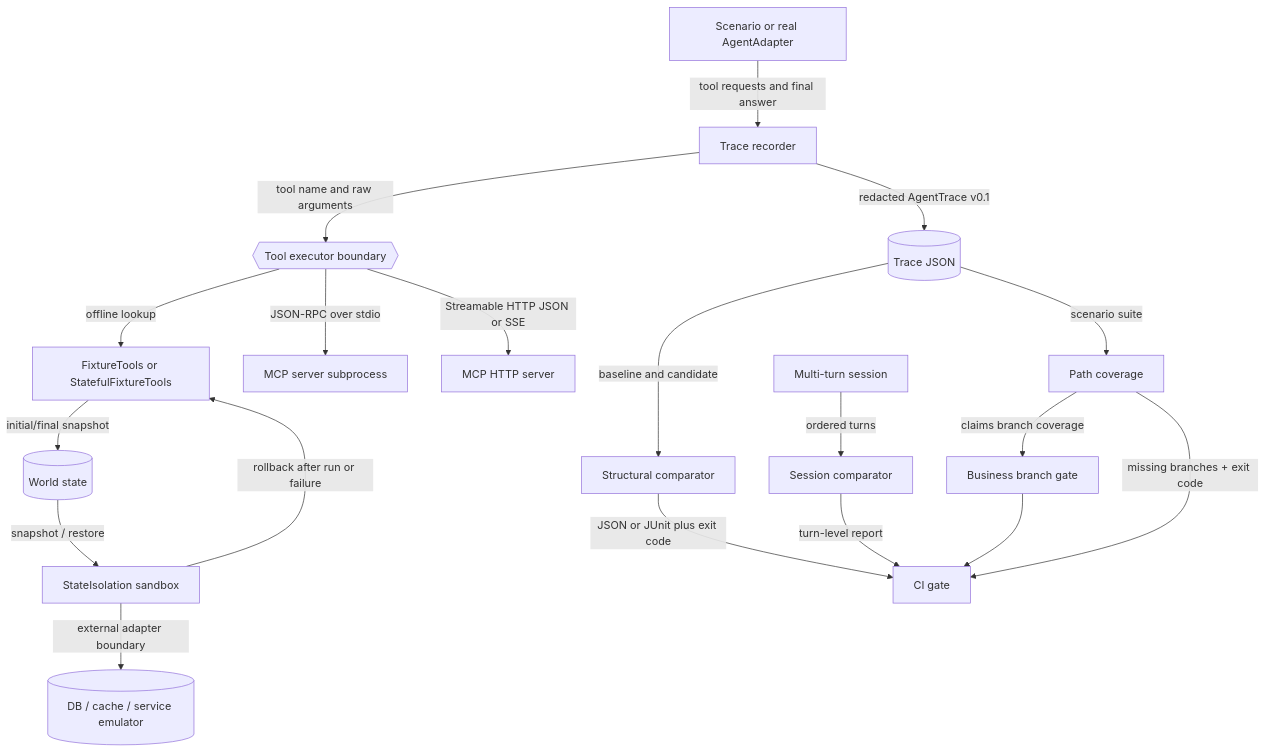
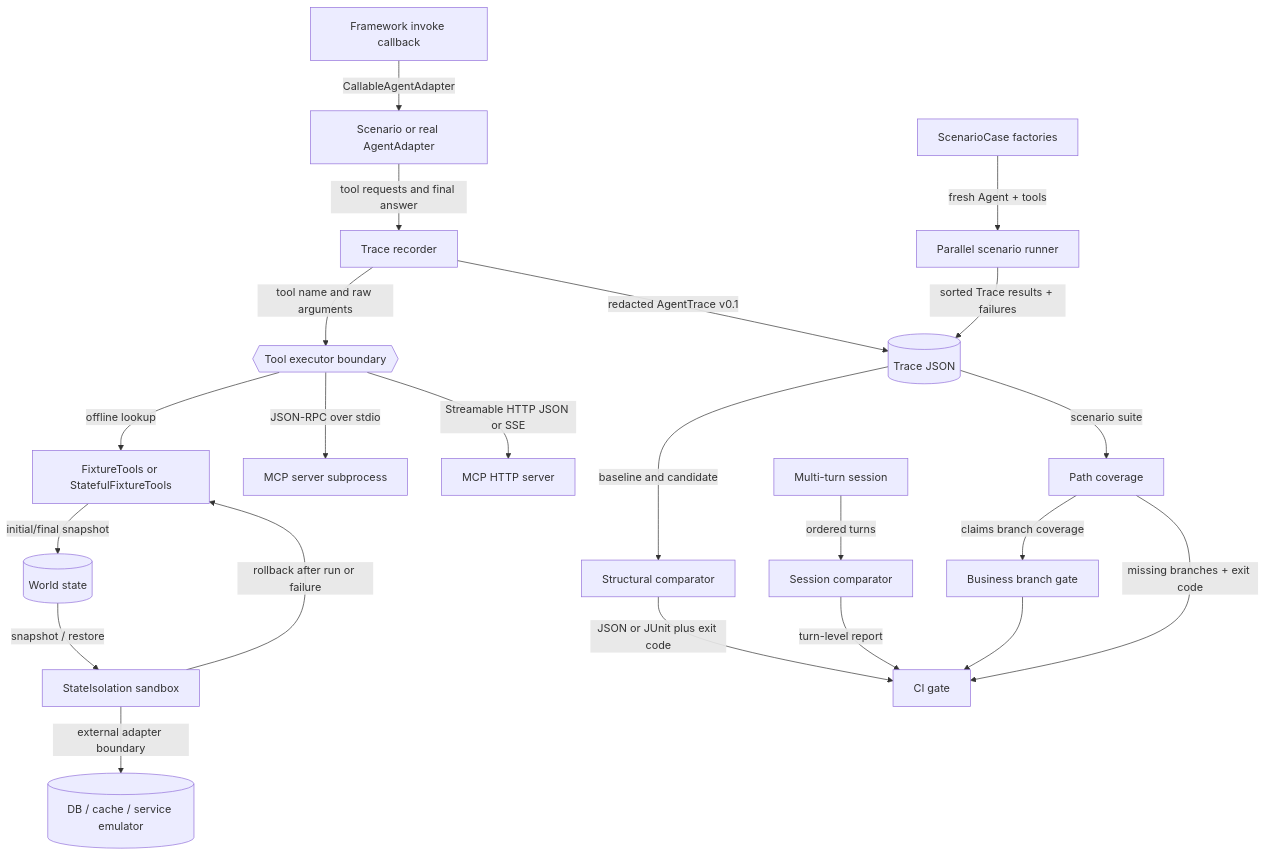
One commit to ANTAO94/agent-regression-kit changed the first of 2 diagrams in docs/architecture.md. Above: the diagram before and after it, drawn with Mermaid. The commit also changed other lines of this file and 17 other files, not shown here.

Commit message:
feat: add v2.7 parallel scenario recording

````diff
--- a/docs/architecture.md
+++ b/docs/architecture.md
@@ -5,21 +5,24 @@
 ```mermaid
 flowchart TD
     Scenario[Scenario or real AgentAdapter] -->|tool requests and final answer| Recorder[Trace recorder]
+    Framework[Framework invoke callback] -->|CallableAgentAdapter| Scenario
     Recorder -->|tool name and raw arguments| Executor{{Tool executor boundary}}
     Executor -->|offline lookup| Fixture[FixtureTools or StatefulFixtureTools]
     Fixture -->|initial/final snapshot| World[(World state)]
     World -->|snapshot / restore| Isolation[StateIsolation sandbox]
     Isolation -->|rollback after run or failure| Fixture
     Isolation -->|external adapter boundary| External[(DB / cache / service emulator)]
     Executor -->|JSON-RPC over stdio| MCP[MCP server subprocess]
     Executor -->|Streamable HTTP JSON or SSE| HTTP[MCP HTTP server]
     Recorder -->|redacted AgentTrace v0.1| Trace[(Trace JSON)]
     Trace -->|baseline and candidate| Compare[Structural comparator]
     Compare -->|JSON or JUnit plus exit code| CI[CI gate]
     Session[Multi-turn session] -->|ordered turns| SessionCompare[Session comparator]
     SessionCompare -->|turn-level report| CI
     Coverage -->|claims branch coverage| BusinessGate[Business branch gate]
     BusinessGate --> CI
     Trace -->|scenario suite| Coverage[Path coverage]
     Coverage -->|missing branches + exit code| CI
+    Suite[ScenarioCase factories] -->|fresh Agent + tools| Parallel[Parallel scenario runner]
+    Parallel -->|sorted Trace results + failures| Trace
 ```
````
